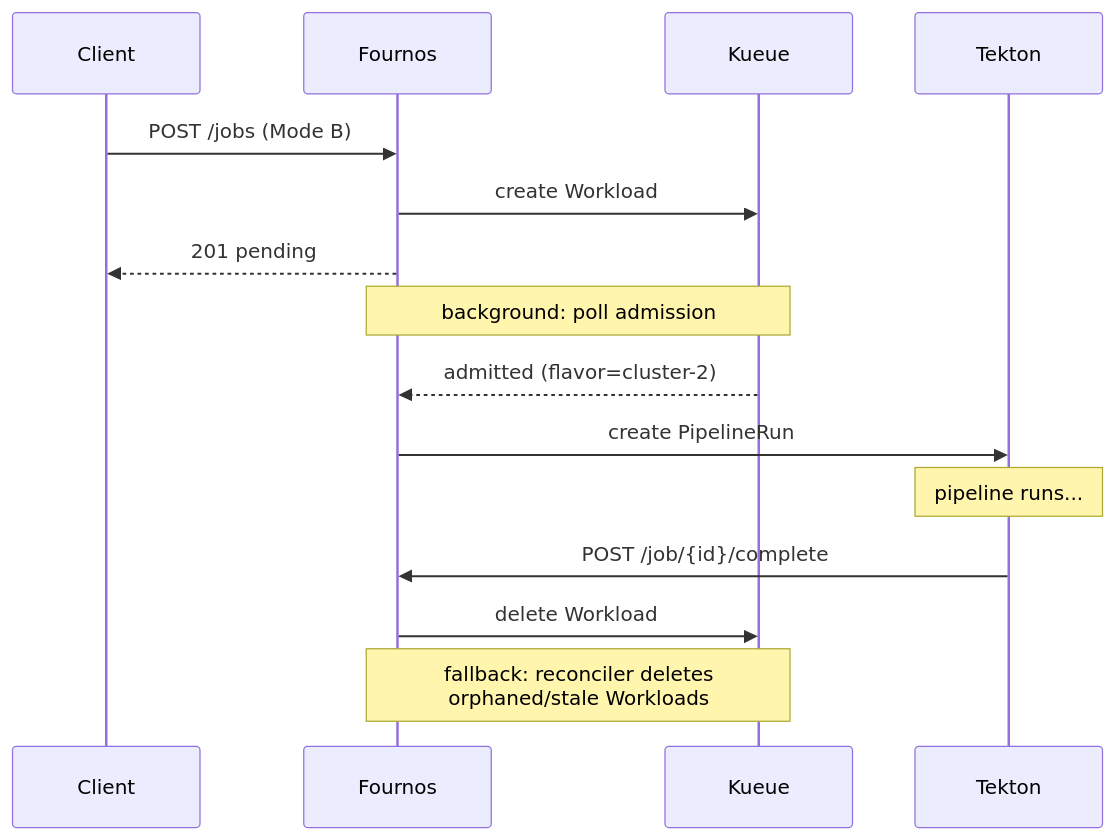
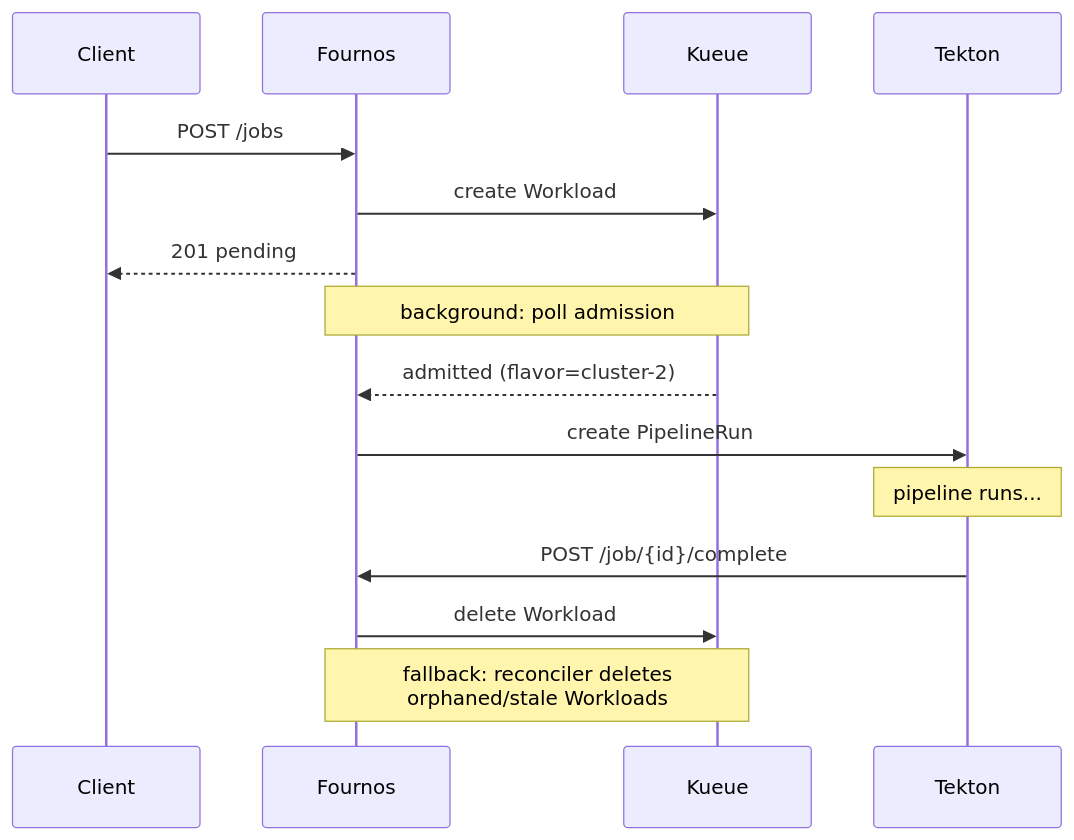
The second of 2 diagrams in .cursor/plans/fournos_design_document_87fc6306.plan.md (openshift-psap/fournos), drawn with Mermaid before and after one commit. The commit also changed other lines of this file and 13 other files, not shown here.

````diff
--- a/.cursor/plans/fournos_design_document_87fc6306.plan.md
+++ b/.cursor/plans/fournos_design_document_87fc6306.plan.md
@@ -142,21 +157,21 @@
 ```mermaid
 sequenceDiagram
     participant Client
     participant Fournos
     participant Kueue
     participant Tekton
 
-    Client->>Fournos: POST /jobs (Mode B)
+    Client->>Fournos: POST /jobs
     Fournos->>Kueue: create Workload
     Fournos-->>Client: 201 pending
 
     Note over Fournos,Kueue: background: poll admission
     Kueue-->>Fournos: admitted (flavor=cluster-2)
     Fournos->>Tekton: create PipelineRun
 
     Note over Tekton: pipeline runs...
     Tekton->>Fournos: POST /job/{id}/complete
     Fournos->>Kueue: delete Workload
 
     Note over Fournos,Kueue: fallback: reconciler deletes<br/>orphaned/stale Workloads
 ```
````
